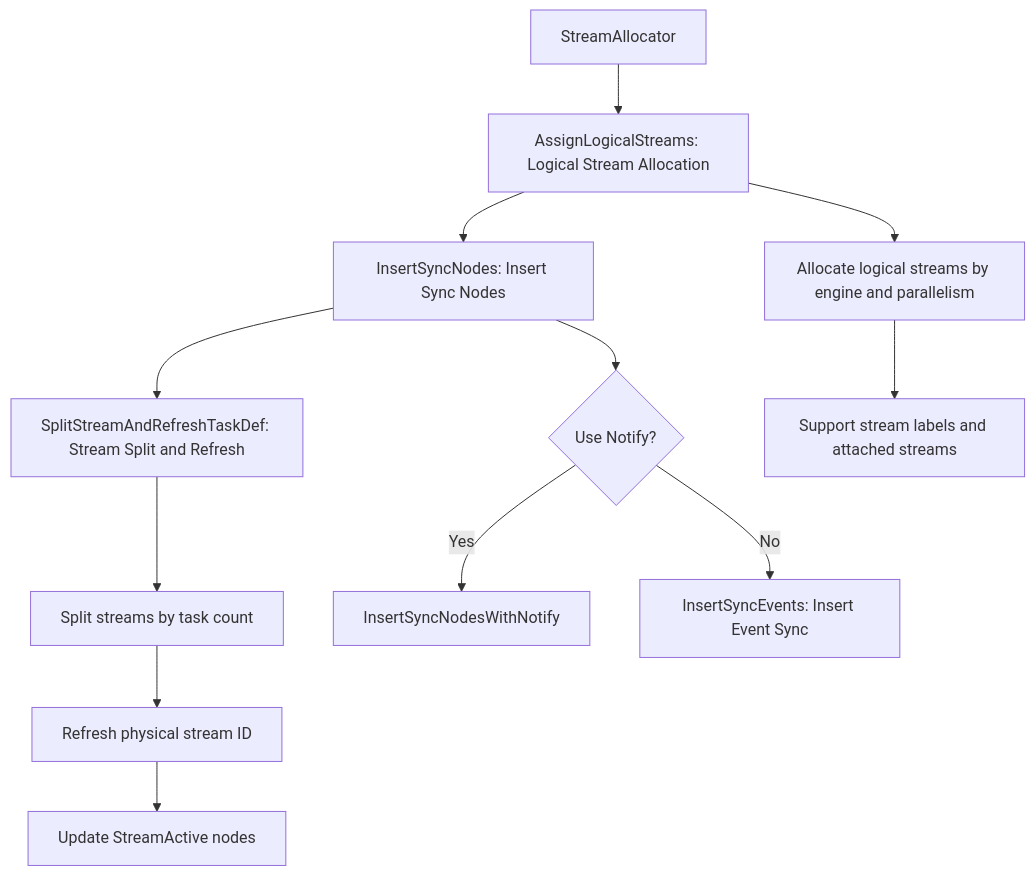
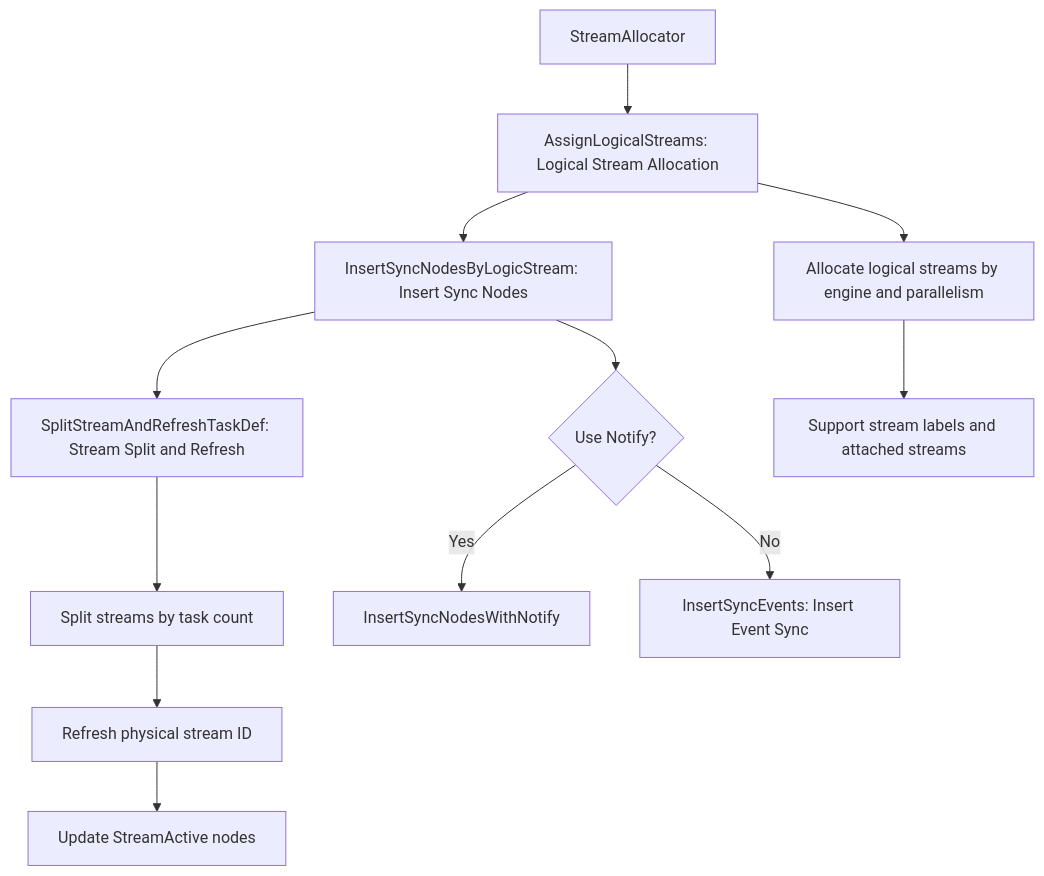
The sixth of 7 diagrams in docs/en/design/modules/compiler/compiler.md (hicann/ge), drawn with Mermaid before and after one commit. The commit also changed other lines of this file and 19 other files, not shown here.

````diff
--- a/docs/en/design/modules/compiler/compiler.md
+++ b/docs/en/design/modules/compiler/compiler.md
@@ -428,17 +443,17 @@
 ```mermaid
 flowchart TD
     SA[StreamAllocator] --> SA1[AssignLogicalStreams: Logical Stream Allocation]
-    SA1 --> SA2[InsertSyncNodes: Insert Sync Nodes]
+    SA1 --> SA2[InsertSyncNodesByLogicStream: Insert Sync Nodes]
     SA2 --> SA3[SplitStreamAndRefreshTaskDef: Stream Split and Refresh]
 
     SA1 --> SA1a[Allocate logical streams by engine and parallelism]
     SA1a --> SA1b[Support stream labels and attached streams]
 
     SA2 --> SA2a{Use Notify?}
     SA2a -->|Yes| SA2b[InsertSyncNodesWithNotify]
     SA2a -->|No| SA2c[InsertSyncEvents: Insert Event Sync]
 
     SA3 --> SA3a[Split streams by task count]
     SA3a --> SA3b[Refresh physical stream ID]
     SA3b --> SA3c[Update StreamActive nodes]
 ```
````
